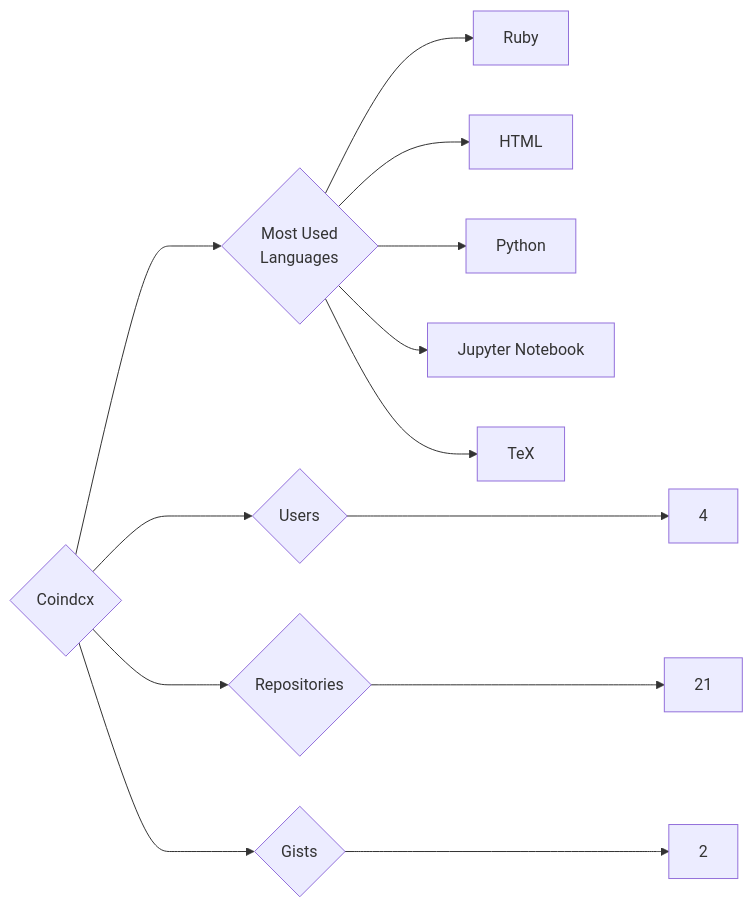
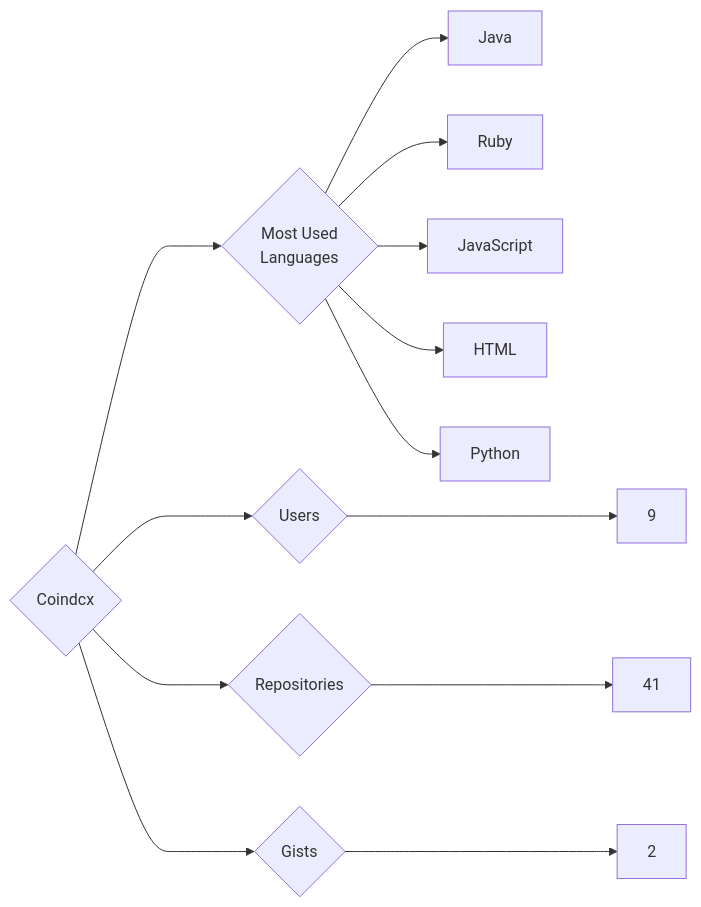
The diagram in targets/Coindcx/README.md (trickest/insiders), drawn with Mermaid before and after one commit. The commit also changed 783 other files, not shown here.

````diff
--- a/targets/Coindcx/README.md
+++ b/targets/Coindcx/README.md
@@ -3,13 +3,13 @@
 ```mermaid
 graph LR
 COMPANY_NAME{Coindcx}
-COMPANY_NAME ---> U{Users} ---> UN[4]
-COMPANY_NAME ---> R{Repositories} ---> RN[21]
+COMPANY_NAME ---> U{Users} ---> UN[9]
+COMPANY_NAME ---> R{Repositories} ---> RN[41]
 COMPANY_NAME ---> G{Gists} ---> GN[2]
 COMPANY_NAME ---> ML{Most Used<br>Languages}
+ML --> Java[Java]
 ML --> Ruby[Ruby]
+ML --> JavaScript[JavaScript]
 ML --> HTML[HTML]
 ML --> Python[Python]
-ML --> Jupyter_Notebook[Jupyter Notebook]
-ML --> TeX[TeX]
 ```
````
